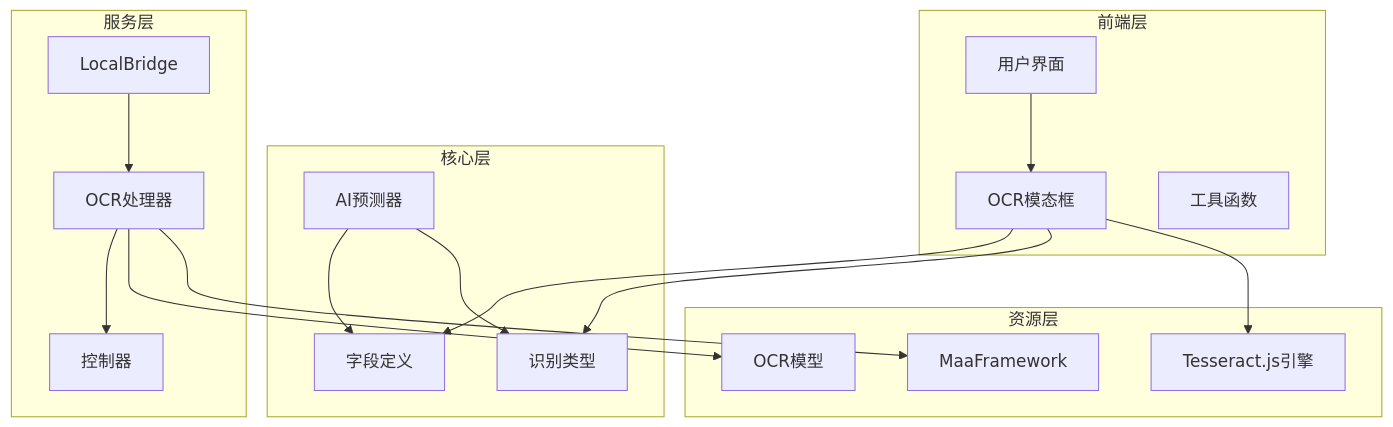
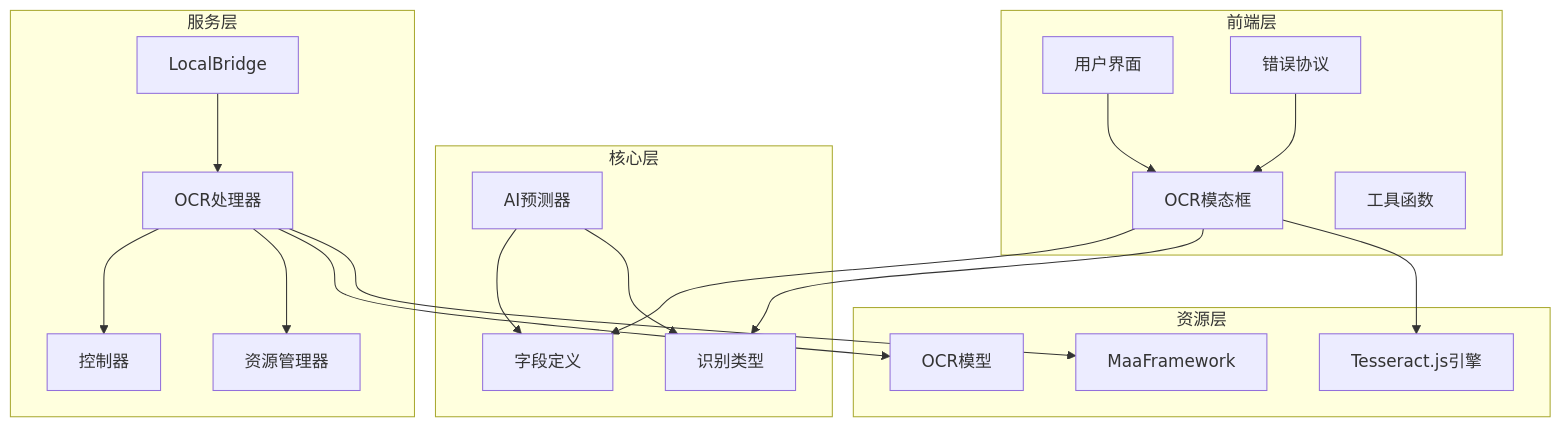
One commit to kqcoxn/MaaPipelineEditor changed the first of 11 diagrams in .qoder/repowiki/zh/content/字段配置系统/字段类型定义/识别字段类型/OCR 文字识别.md. Above: the diagram before and after it, drawn with Mermaid. The commit also changed other lines of this file and 50 other files, not shown here.

````diff
--- a/.qoder/repowiki/zh/content/字段配置系统/字段类型定义/识别字段类型/OCR 文字识别.md
+++ b/.qoder/repowiki/zh/content/字段配置系统/字段类型定义/识别字段类型/OCR 文字识别.md
@@ -41,33 +51,37 @@
 ```mermaid
 graph TB
 subgraph "前端层"
 UI[用户界面]
 Modal[OCR模态框]
 Utils[工具函数]
+ErrorProtocol[错误协议]
 end
 subgraph "核心层"
 Schema[字段定义]
 Fields[识别类型]
 Predictor[AI预测器]
 end
 subgraph "服务层"
 LB[LocalBridge]
 Handler[OCR处理器]
 Controller[控制器]
+ResourceManager[资源管理器]
 end
 subgraph "资源层"
 Tesseract[Tesseract.js引擎]
 MFW[MaaFramework]
 Models[OCR模型]
 end
 UI --> Modal
 Modal --> Schema
 Modal --> Fields
 Predictor --> Schema
 Predictor --> Fields
+ErrorProtocol --> Modal
 LB --> Handler
 Handler --> Controller
+Handler --> ResourceManager
 Handler --> Models
 Modal --> Tesseract
 Handler --> MFW
 ```
````
